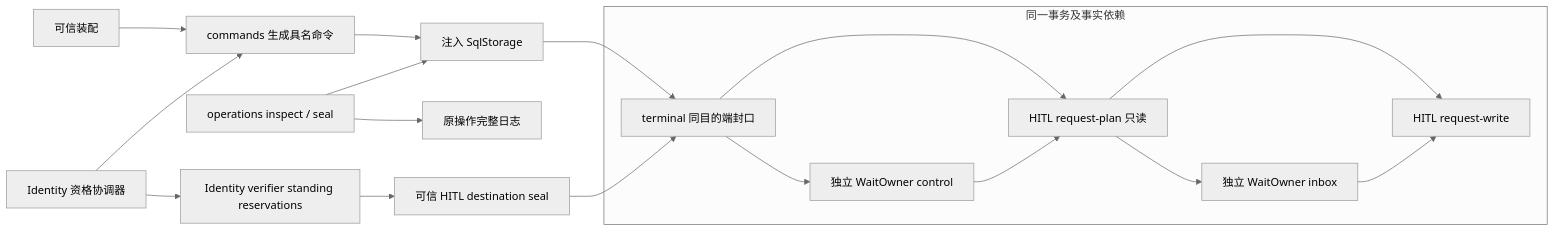
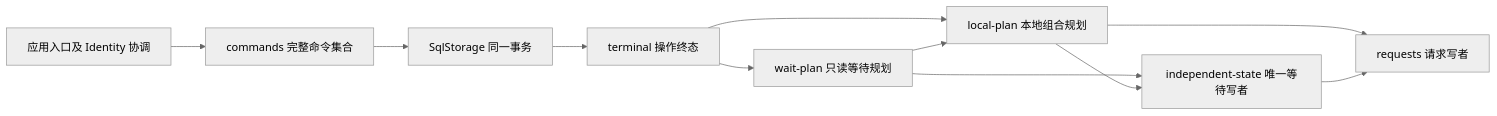
The first of 2 diagrams in packages/human-intervention/human-intervention-local/docs/architecture.md (nemori-ai/omne-harness-lite), drawn with Mermaid (neutral theme) before and after one commit. The commit also changed other lines of this file and 73 other files, not shown here.

First line of the commit message:
refactor(human-intervention): normalize local wait persistence

````diff
--- a/packages/human-intervention/human-intervention-local/docs/architecture.md
+++ b/packages/human-intervention/human-intervention-local/docs/architecture.md
@@ -7,20 +7,13 @@
 ```mermaid
 flowchart LR
-  A[可信装配] --> C[commands 生成具名命令]
-  C --> SQL[注入 SqlStorage]
-  subgraph TX[同一事务及事实依赖]
-    T[terminal] --> W[独立 WaitOwner control]
-    T --> P[HITL request-plan 只读]
-    W --> P
-    P --> I[独立 WaitOwner inbox]
-    P --> R[HITL request-write]
-    I --> R
-  end
-  SQL --> T
-  O[operations inspect / seal] --> SQL
-  O --> Q[原操作完整日志]
-  G[Identity 资格协调器] --> C
-  G --> ID[Identity verifier standing reservations]
-  ID --> SEAL[可信 HITL destination seal]
-  SEAL --> T[terminal 同目的端封口]
+  App[应用入口及 Identity 协调] --> Commands[commands 完整命令集合]
+  Commands --> SQL[SqlStorage 同一事务]
+  SQL --> T[terminal 操作终态]
+  T --> W[wait-plan 只读等待规划]
+  T --> J[local-plan 本地组合规划]
+  W --> J
+  W --> F[independent-state 唯一等待写者]
+  J --> F
+  J --> H[requests 请求写者]
+  F --> H
 ```
````
